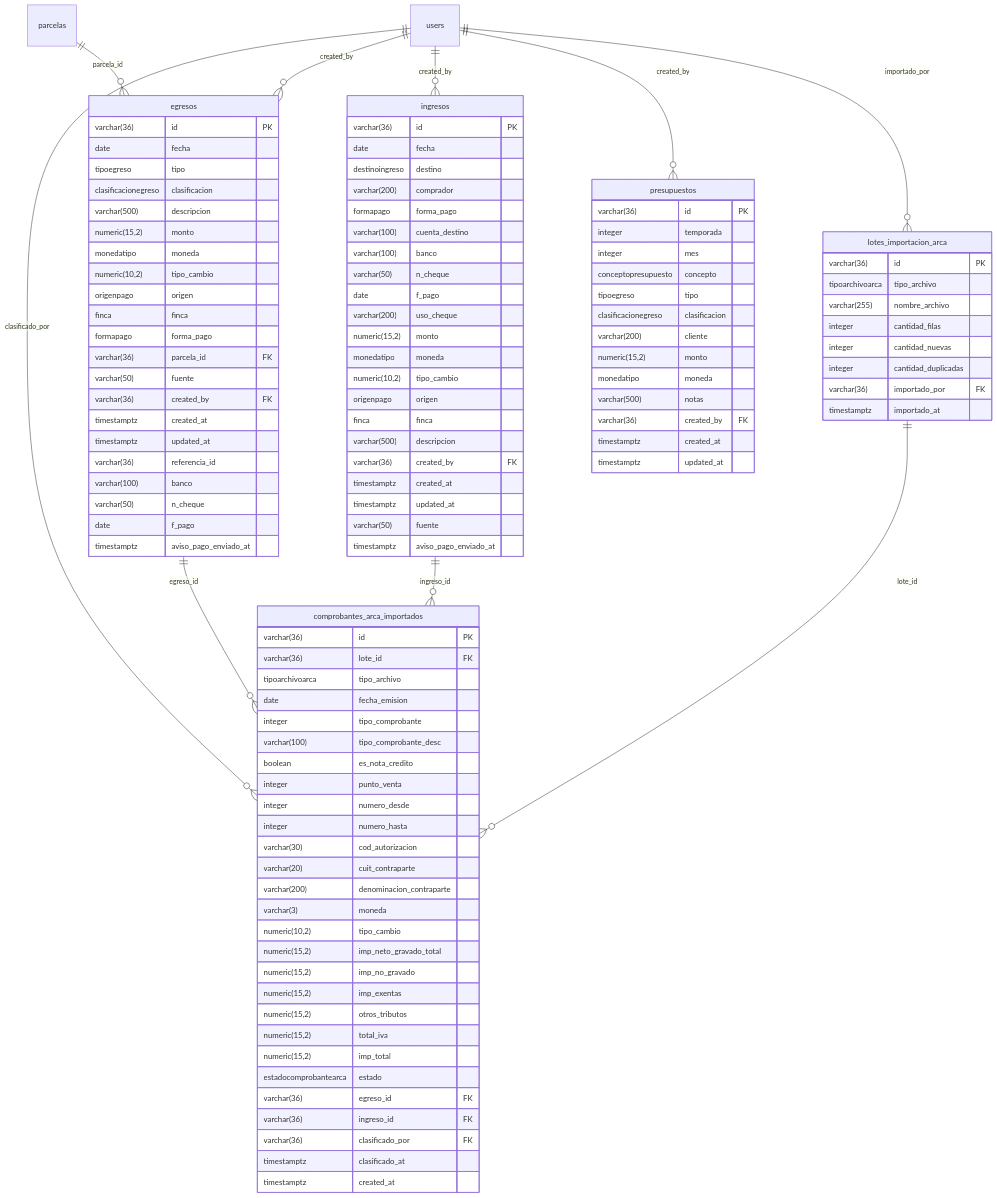
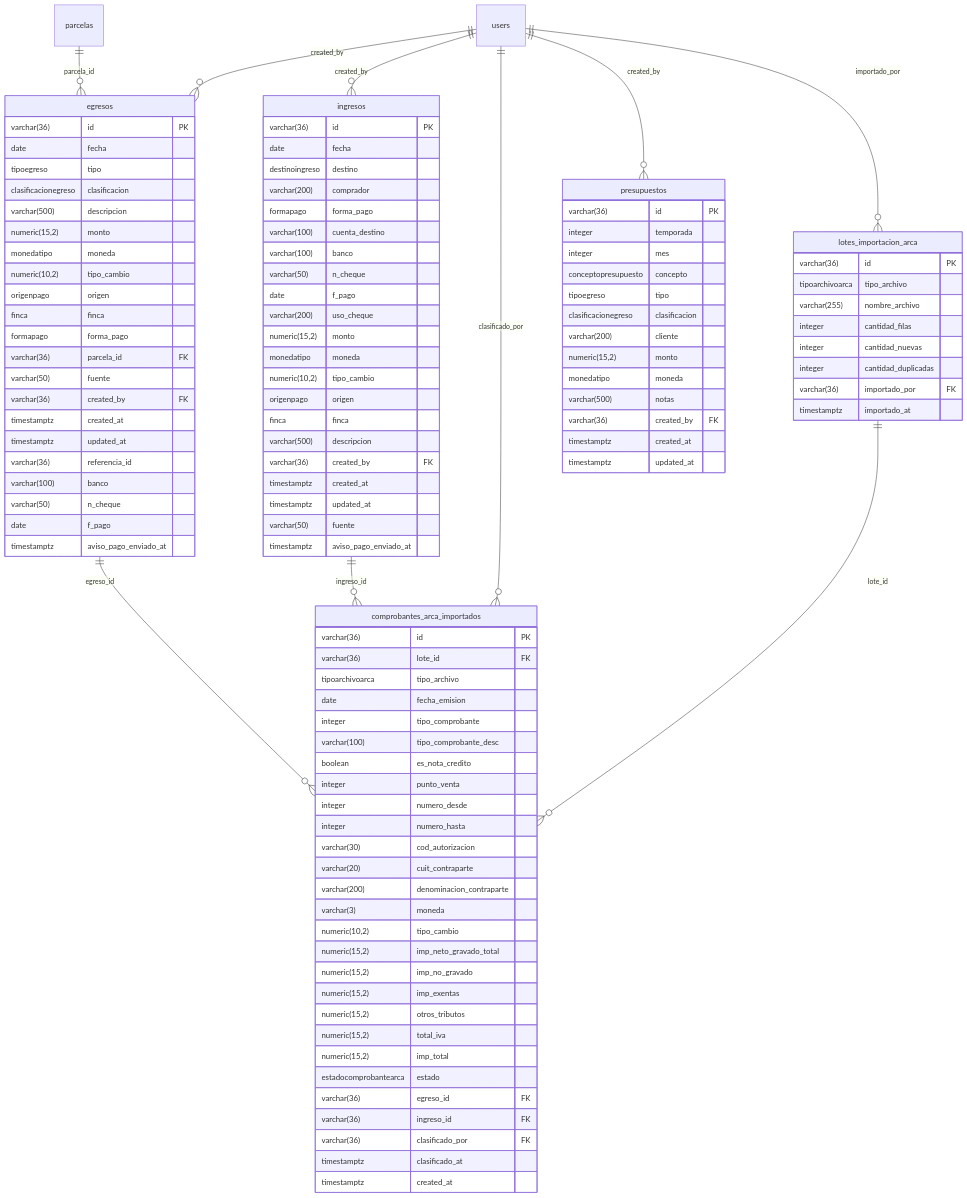
One commit to FaustoYanzon/Proyecto-Gestion-Los-Lirios- changed the sixth of 10 diagrams in docs/sistema/Modelo de Datos.md. Above: the diagram before and after it, drawn with Mermaid. The commit also changed other lines of this file and 1 other file, not shown here.

````diff
--- a/docs/sistema/Modelo de Datos.md
+++ b/docs/sistema/Modelo de Datos.md
@@ -1133,11 +1119,11 @@
 ```mermaid
 erDiagram
+    egresos ||--o{ comprobantes_arca_importados : "egreso_id"
+    ingresos ||--o{ comprobantes_arca_importados : "ingreso_id"
+    users ||--o{ comprobantes_arca_importados : "clasificado_por"
     lotes_importacion_arca ||--o{ comprobantes_arca_importados : "lote_id"
-    ingresos ||--o{ comprobantes_arca_importados : "ingreso_id"
-    egresos ||--o{ comprobantes_arca_importados : "egreso_id"
-    users ||--o{ comprobantes_arca_importados : "clasificado_por"
+    parcelas ||--o{ egresos : "parcela_id"
     users ||--o{ egresos : "created_by"
-    parcelas ||--o{ egresos : "parcela_id"
     users ||--o{ ingresos : "created_by"
     users ||--o{ lotes_importacion_arca : "importado_por"
     users ||--o{ presupuestos : "created_by"
````
